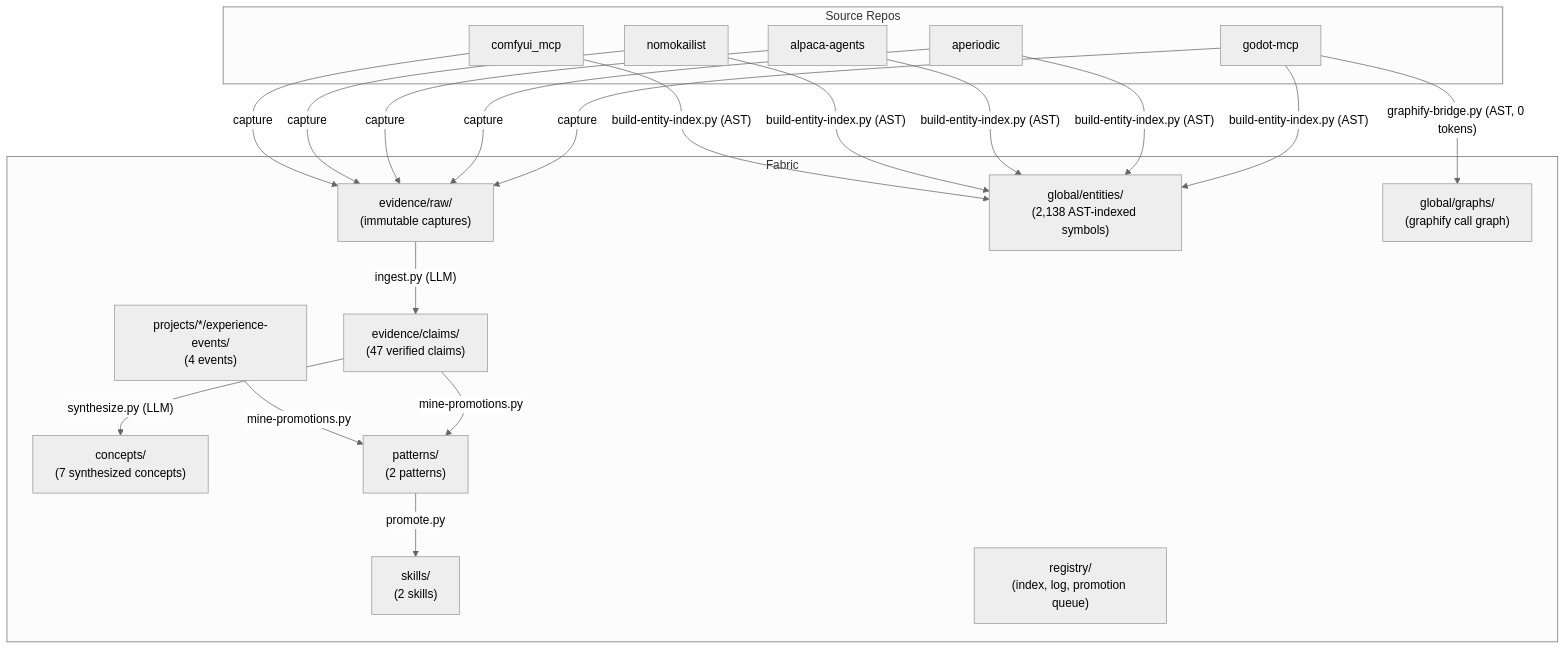
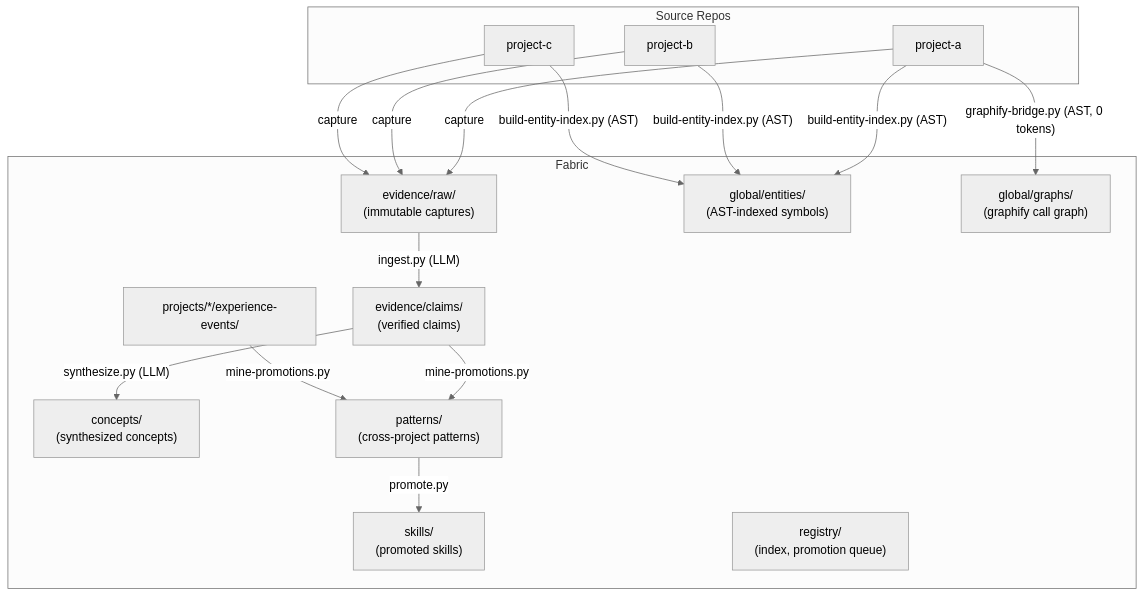
The first of 8 diagrams in README.md (hybridindie/wiki-fabric), drawn with Mermaid (neutral theme) before and after one commit. The commit also changed other lines of this file and 16 other files, not shown here.

````diff
--- a/README.md
+++ b/README.md
@@ -44,31 +44,29 @@
 ```mermaid
 graph TB
     subgraph "Source Repos"
-        GM["godot-mcp"]
-        AP["aperiodic"]
-        AA["alpaca-agents"]
-        NK["nomokailist"]
-        CM["comfyui_mcp"]
+        R1["project-a"]
+        R2["project-b"]
+        R3["project-c"]
     end
 
     subgraph "Fabric"
         RAW["evidence/raw/<br/>(immutable captures)"]
-        CLAIMS["evidence/claims/<br/>(47 verified claims)"]
-        CONCEPTS["concepts/<br/>(7 synthesized concepts)"]
-        PATTERNS["patterns/<br/>(2 patterns)"]
-        SKILLS["skills/<br/>(2 skills)"]
-        EVENTS["projects/*/experience-events/<br/>(4 events)"]
-        ENTITIES["global/entities/<br/>(2,138 AST-indexed symbols)"]
+        CLAIMS["evidence/claims/<br/>(verified claims)"]
+        CONCEPTS["concepts/<br/>(synthesized concepts)"]
+        PATTERNS["patterns/<br/>(cross-project patterns)"]
+        SKILLS["skills/<br/>(promoted skills)"]
+        EVENTS["projects/*/experience-events/"]
+        ENTITIES["global/entities/<br/>(AST-indexed symbols)"]
         GRAPHS["global/graphs/<br/>(graphify call graph)"]
-        REGISTRY["registry/<br/>(index, log, promotion queue)"]
+        REGISTRY["registry/<br/>(index, promotion queue)"]
     end
 
-    GM & AP & AA & NK & CM -->|capture| RAW
+    R1 & R2 & R3 -->|capture| RAW
     RAW -->|"ingest.py (LLM)"| CLAIMS
     CLAIMS -->|"synthesize.py (LLM)"| CONCEPTS
     CLAIMS -->|"mine-promotions.py"| PATTERNS
     PATTERNS -->|"promote.py"| SKILLS
-    GM & AP & AA & NK & CM -->|"build-entity-index.py (AST)"| ENTITIES
-    GM -->|"graphify-bridge.py (AST, 0 tokens)"| GRAPHS
+    R1 & R2 & R3 -->|"build-entity-index.py (AST)"| ENTITIES
+    R1 -->|"graphify-bridge.py (AST, 0 tokens)"| GRAPHS
     EVENTS -->|"mine-promotions.py"| PATTERNS
 ```
````
